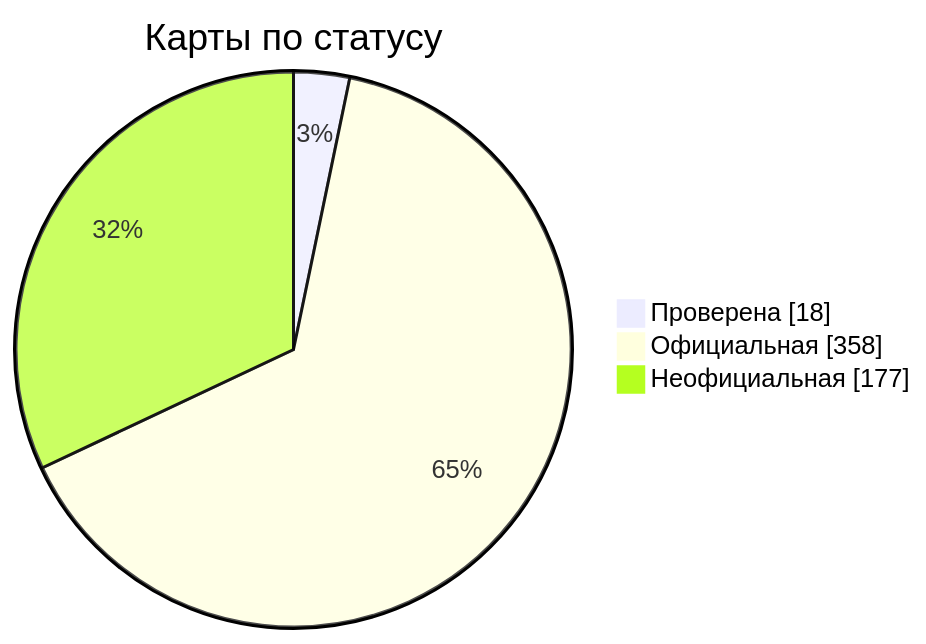
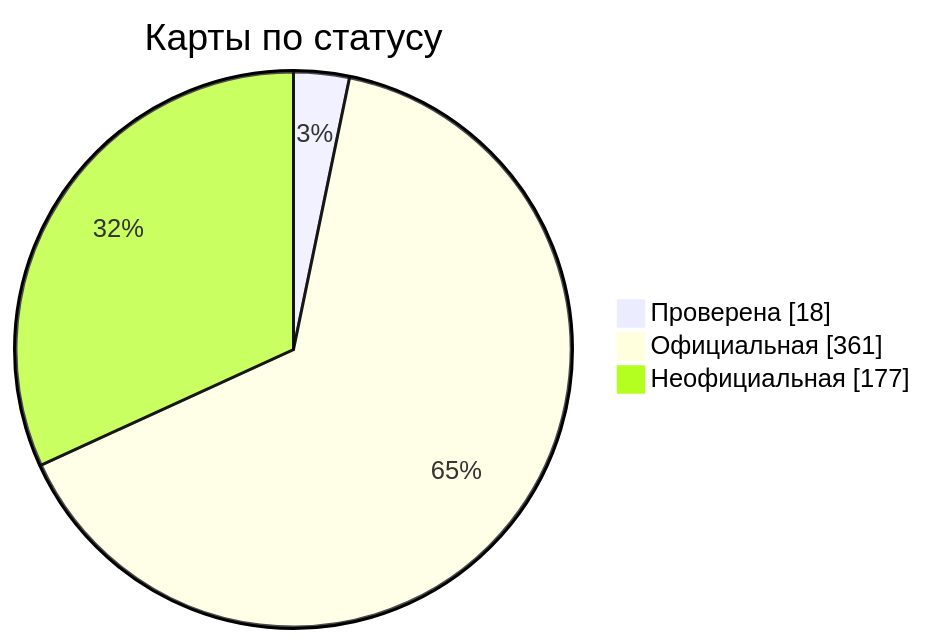
The diagram in docs/readme/README_RU.md (nobrega8/mbmap-library), drawn with Mermaid before and after one commit. The commit also changed 8 other files, not shown here.

````diff
--- a/docs/readme/README_RU.md
+++ b/docs/readme/README_RU.md
@@ -54,7 +54,7 @@
 ```mermaid
 pie showData
     title Карты по статусу
     "Проверена" : 18
-    "Официальная" : 358
+    "Официальная" : 361
     "Неофициальная" : 177
 ```
````
